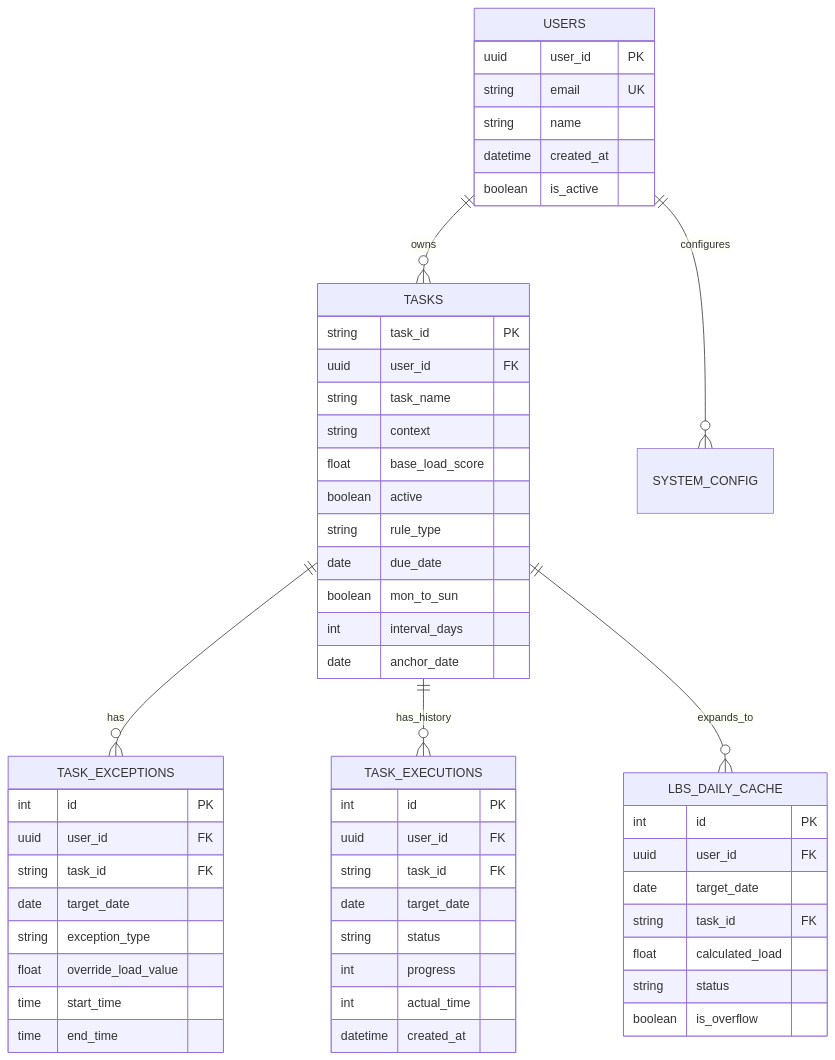
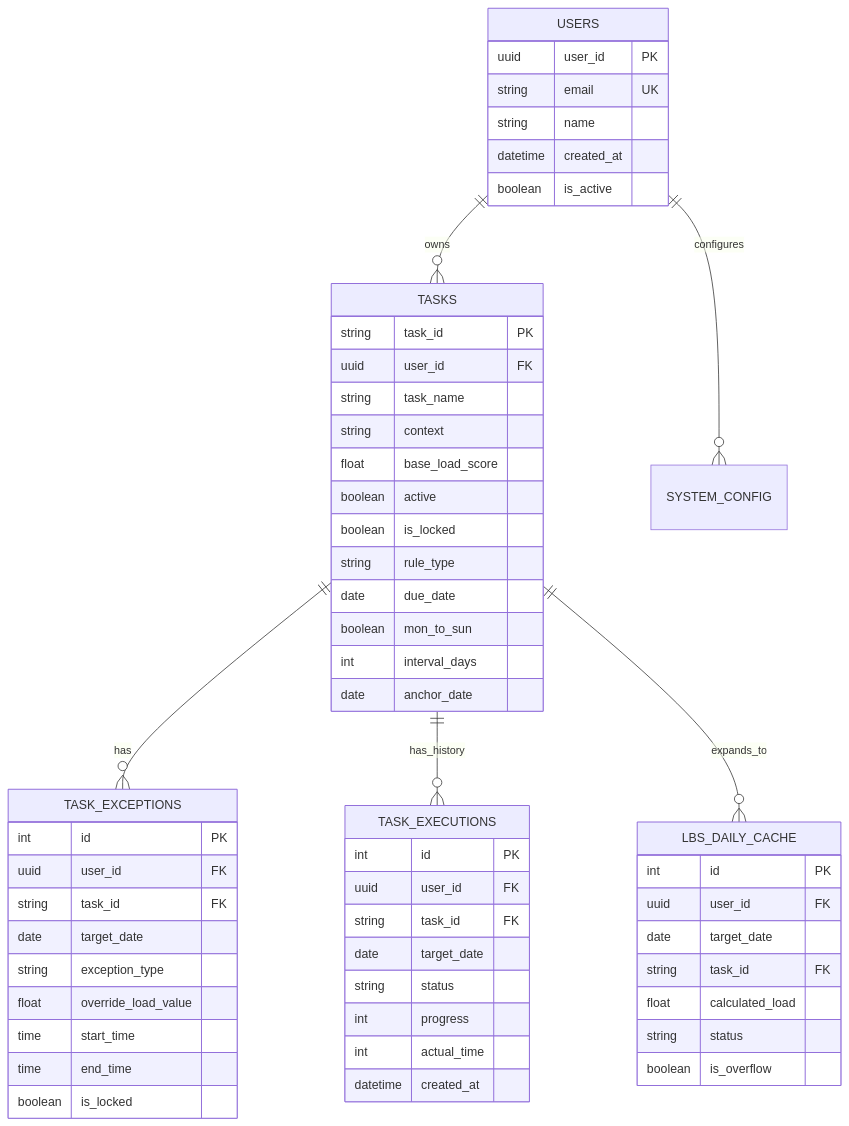
Before and after one commit to nh1124/LBS: the second of 2 diagrams in docs/lbs_system_design.md, drawn with Mermaid. The commit also changed other lines of this file and 21 other files, not shown here.

````diff
--- a/docs/lbs_system_design.md
+++ b/docs/lbs_system_design.md
@@ -67,62 +67,64 @@
 ```mermaid
 erDiagram
     USERS ||--o{ TASKS : owns
     USERS ||--o{ SYSTEM_CONFIG : configures
     TASKS ||--o{ TASK_EXCEPTIONS : has
     TASKS ||--o{ TASK_EXECUTIONS : has_history
     TASKS ||--o{ LBS_DAILY_CACHE : expands_to
     
     USERS {
         uuid user_id PK
         string email UK
         string name
         datetime created_at
         boolean is_active
     }
     
     TASKS {
         string task_id PK
         uuid user_id FK
         string task_name
         string context
         float base_load_score
         boolean active
+        boolean is_locked
         string rule_type
         date due_date
         boolean mon_to_sun
         int interval_days
         date anchor_date
     }
     
     TASK_EXCEPTIONS {
         int id PK
         uuid user_id FK
         string task_id FK
         date target_date
         string exception_type
         float override_load_value
         time start_time
         time end_time
+        boolean is_locked
     }
     
     LBS_DAILY_CACHE {
         int id PK
         uuid user_id FK
         date target_date
         string task_id FK
         float calculated_load
         string status
         boolean is_overflow
     }
 
     TASK_EXECUTIONS {
         int id PK
         uuid user_id FK
         string task_id FK
         date target_date
         string status
         int progress
         int actual_time
         datetime created_at
     }
 ```
````
